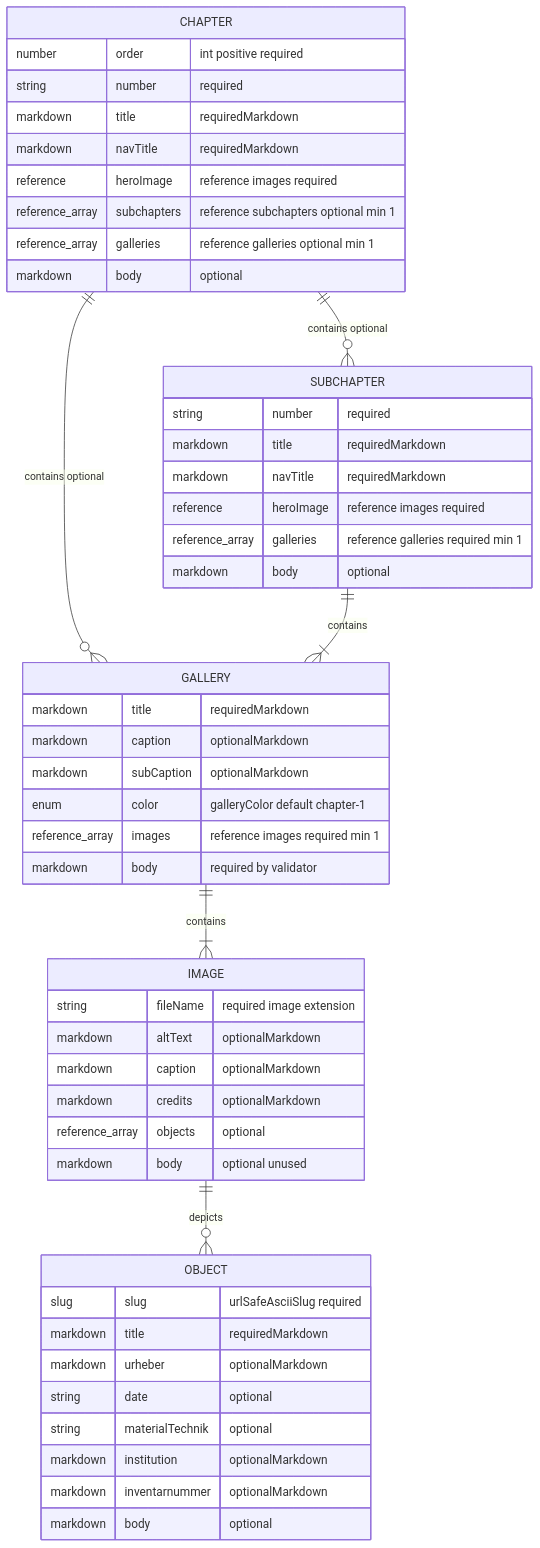
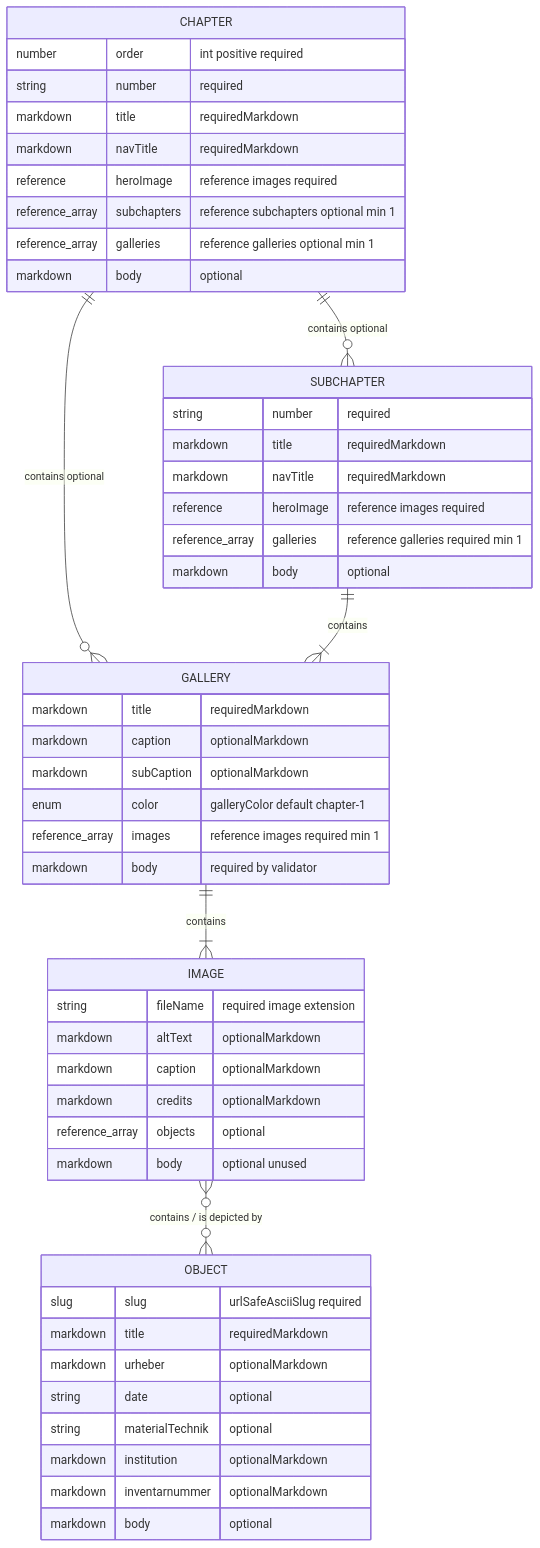
One commit to Theodor-Springmann-Stiftung/hebel-ausstellung changed the diagram in docs/content-model.md. Above: the diagram before and after it, drawn with Mermaid.

Commit message:
+content-model german

````diff
--- a/docs/content-model.md
+++ b/docs/content-model.md
@@ -260,57 +260,57 @@
 ```mermaid
 erDiagram
   CHAPTER ||--o{ SUBCHAPTER : "contains optional"
   CHAPTER ||--o{ GALLERY : "contains optional"
   SUBCHAPTER ||--|{ GALLERY : "contains"
   GALLERY ||--|{ IMAGE : "contains"
-  IMAGE ||--o{ OBJECT : "depicts"
+  IMAGE }o--o{ OBJECT : "contains / is depicted by"
 
   CHAPTER {
     number order "int positive required"
     string number "required"
     markdown title "requiredMarkdown"
     markdown navTitle "requiredMarkdown"
     reference heroImage "reference images required"
     reference_array subchapters "reference subchapters optional min 1"
     reference_array galleries "reference galleries optional min 1"
     markdown body "optional"
   }
 
   SUBCHAPTER {
     string number "required"
     markdown title "requiredMarkdown"
     markdown navTitle "requiredMarkdown"
     reference heroImage "reference images required"
     reference_array galleries "reference galleries required min 1"
     markdown body "optional"
   }
 
   GALLERY {
     markdown title "requiredMarkdown"
     markdown caption "optionalMarkdown"
     markdown subCaption "optionalMarkdown"
     enum color "galleryColor default chapter-1"
     reference_array images "reference images required min 1"
     markdown body "required by validator"
   }
 
   IMAGE {
     string fileName "required image extension"
     markdown altText "optionalMarkdown"
     markdown caption "optionalMarkdown"
     markdown credits "optionalMarkdown"
     reference_array objects "optional"
     markdown body "optional unused"
   }
 
   OBJECT {
     slug slug "urlSafeAsciiSlug required"
     markdown title "requiredMarkdown"
     markdown urheber "optionalMarkdown"
     string date "optional"
     string materialTechnik "optional"
     markdown institution "optionalMarkdown"
     markdown inventarnummer "optionalMarkdown"
     markdown body "optional"
   }
 ```
````
